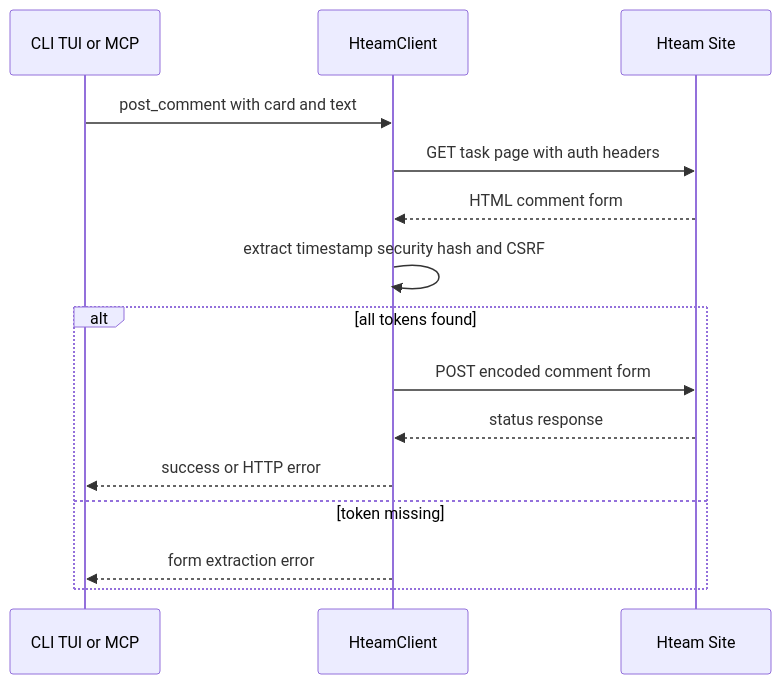
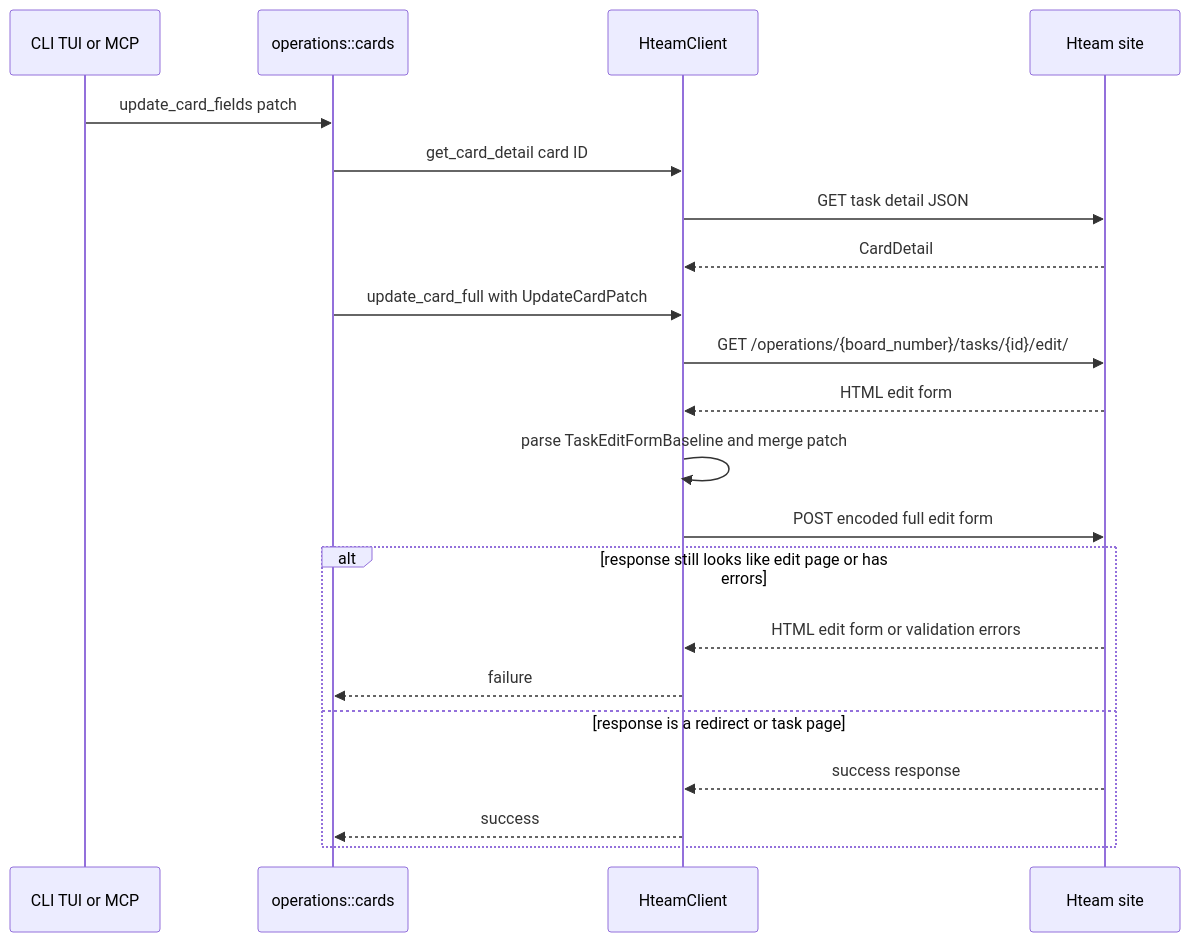
Before and after one commit to 4DRIAN0RTIZ/hteam-cli: the third of 3 diagrams in openwiki/integrations/hteam-api.md, drawn with Mermaid. The commit also changed other lines of this file and 26 other files, not shown here.

````diff
--- a/openwiki/integrations/hteam-api.md
+++ b/openwiki/integrations/hteam-api.md
@@ -194,17 +144,24 @@
 ```mermaid
 sequenceDiagram
     participant Surface as CLI TUI or MCP
+    participant Ops as operations::cards
     participant Client as HteamClient
-    participant Site as Hteam Site
-    Surface->>Client: post_comment with card and text
-    Client->>Site: GET task page with auth headers
-    Site-->>Client: HTML comment form
-    Client->>Client: extract timestamp security hash and CSRF
-    alt all tokens found
-        Client->>Site: POST encoded comment form
-        Site-->>Client: status response
-        Client-->>Surface: success or HTTP error
-    else token missing
-        Client-->>Surface: form extraction error
+    participant Site as Hteam site
+
+    Surface->>Ops: update_card_fields patch
+    Ops->>Client: get_card_detail card ID
+    Client->>Site: GET task detail JSON
+    Site-->>Client: CardDetail
+    Ops->>Client: update_card_full with UpdateCardPatch
+    Client->>Site: GET /operations/{board_number}/tasks/{id}/edit/
+    Site-->>Client: HTML edit form
+    Client->>Client: parse TaskEditFormBaseline and merge patch
+    Client->>Site: POST encoded full edit form
+    alt response still looks like edit page or has errors
+        Site-->>Client: HTML edit form or validation errors
+        Client-->>Ops: failure
+    else response is a redirect or task page
+        Site-->>Client: success response
+        Client-->>Ops: success
     end
 ```
````
